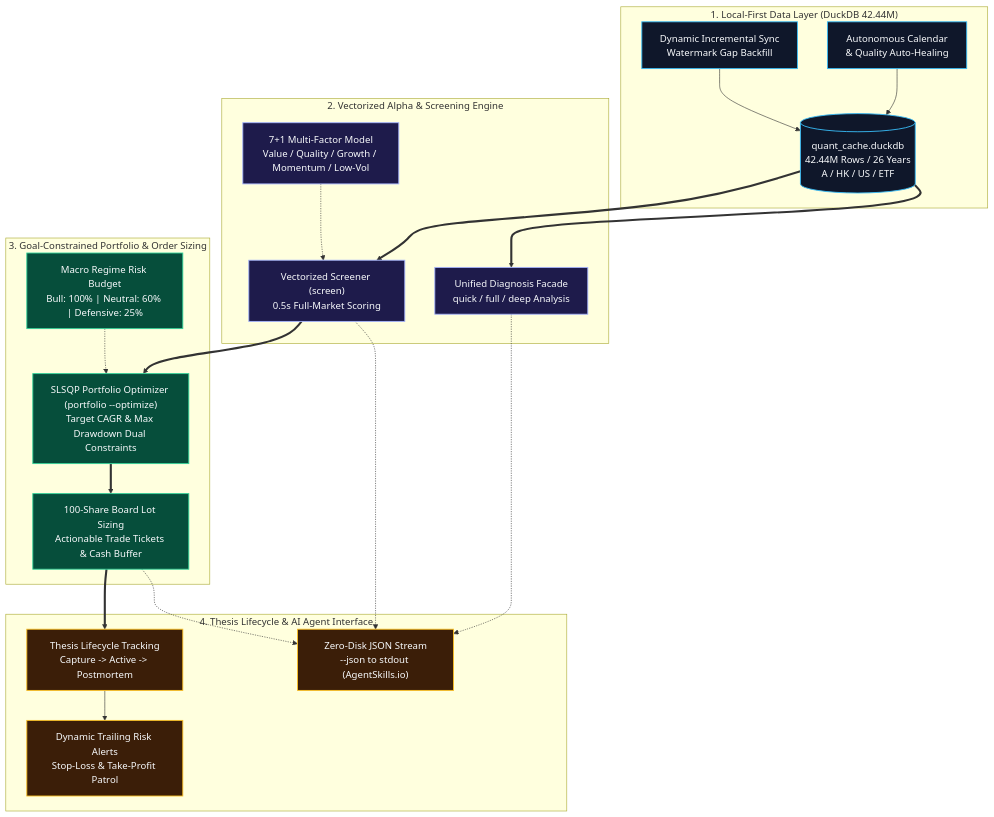
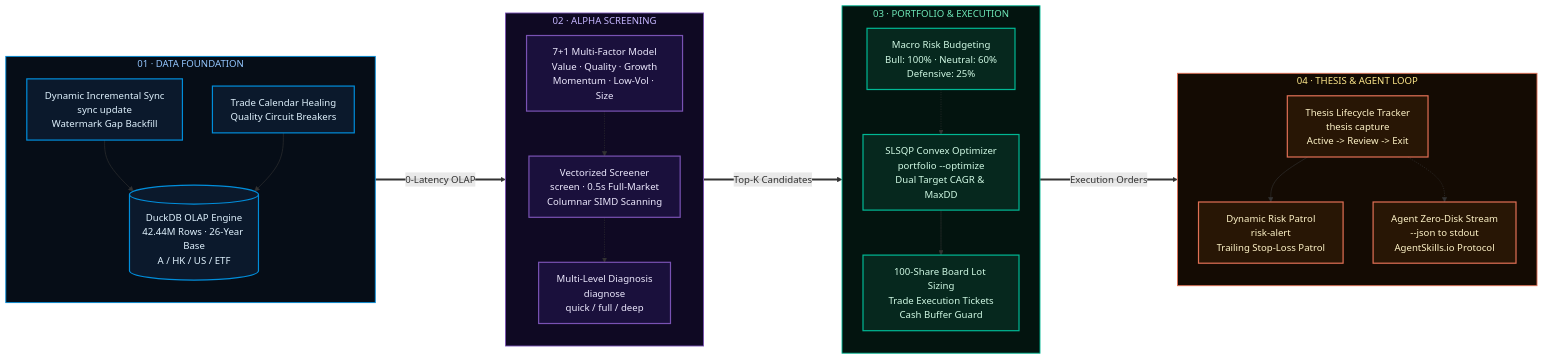
Before and after one commit to axjing/stockaskill: the diagram in README.md, drawn with Mermaid. The commit also changed 3 other files, not shown here.

Commit message:
docs(agent): upgrade quantitative architecture layout to 4-stage pipeline with terminal palette

````diff
--- a/README.md
+++ b/README.md
@@ -19,49 +19,57 @@
 ```mermaid
-flowchart TD
-    subgraph DataLayer["1. Local-First Data Layer (DuckDB 42.44M)"]
-        DuckDB[("quant_cache.duckdb<br/>42.44M Rows / 26 Years<br/>A / HK / US / ETF")]
-        SyncUpdate["Dynamic Incremental Sync<br/>Watermark Gap Backfill"]
-        CalendarHeal["Autonomous Calendar<br/>& Quality Auto-Healing"]
-        SyncUpdate --> DuckDB
-        CalendarHeal --> DuckDB
+flowchart LR
+    subgraph S1["01 · DATA FOUNDATION"]
+        direction TB
+        D1[("DuckDB OLAP Engine<br/>42.44M Rows · 26-Year Base<br/>A / HK / US / ETF")]
+        D2["Dynamic Incremental Sync<br/>sync update<br/>Watermark Gap Backfill"]
+        D3["Trade Calendar Healing<br/>Quality Circuit Breakers"]
+        D2 --> D1
+        D3 --> D1
     end
 
-    subgraph AlphaLayer["2. Vectorized Alpha & Screening Engine"]
-        Screen["Vectorized Screener (screen)<br/>0.5s Full-Market Scoring"]
-        MultiFactor["7+1 Multi-Factor Model<br/>Value / Quality / Growth / Momentum / Low-Vol"]
-        Diagnosis["Unified Diagnosis Facade<br/>quick / full / deep Analysis"]
-        DuckDB ==> Screen
-        DuckDB ==> Diagnosis
-        MultiFactor -.-> Screen
+    subgraph S2["02 · ALPHA SCREENING"]
+        direction TB
+        A1["Vectorized Screener<br/>screen · 0.5s Full-Market<br/>Columnar SIMD Scanning"]
+        A2["7+1 Multi-Factor Model<br/>Value · Quality · Growth<br/>Momentum · Low-Vol · Size"]
+        A3["Multi-Level Diagnosis<br/>diagnose<br/>quick / full / deep"]
+        A2 -.-> A1
+        A1 -.-> A3
     end
 
-    subgraph ExecLayer["3. Goal-Constrained Portfolio & Order Sizing"]
-        Optimizer["SLSQP Portfolio Optimizer (portfolio --optimize)<br/>Target CAGR & Max Drawdown Dual Constraints"]
-        RiskBudget["Macro Regime Risk Budget<br/>Bull: 100% | Neutral: 60% | Defensive: 25%"]
-        BoardLot["100-Share Board Lot Sizing<br/>Actionable Trade Tickets & Cash Buffer"]
-        Screen ==> Optimizer
-        RiskBudget -.-> Optimizer
-        Optimizer ==> BoardLot
+    subgraph S3["03 · PORTFOLIO & EXECUTION"]
+        direction TB
+        P1["SLSQP Convex Optimizer<br/>portfolio --optimize<br/>Dual Target CAGR & MaxDD"]
+        P2["Macro Risk Budgeting<br/>Bull: 100% · Neutral: 60%<br/>Defensive: 25%"]
+        P3["100-Share Board Lot Sizing<br/>Trade Execution Tickets<br/>Cash Buffer Guard"]
+        P2 -.-> P1
+        P1 --> P3
     end
 
-    subgraph LoopLayer["4. Thesis Lifecycle & AI Agent Interface"]
-        Thesis["Thesis Lifecycle Tracking<br/>Capture -> Active -> Postmortem"]
-        RiskAlert["Dynamic Trailing Risk Alerts<br/>Stop-Loss & Take-Profit Patrol"]
-        AgentStream["Zero-Disk JSON Stream<br/>--json to stdout (AgentSkills.io)"]
-        BoardLot ==> Thesis
-        Thesis --> RiskAlert
-        BoardLot -.-> AgentStream
-        Screen -.-> AgentStream
-        Diagnosis -.-> AgentStream
+    subgraph S4["04 · THESIS & AGENT LOOP"]
+        direction TB
+        T1["Thesis Lifecycle Tracker<br/>thesis capture<br/>Active -> Review -> Exit"]
+        T2["Dynamic Risk Patrol<br/>risk-alert<br/>Trailing Stop-Loss Patrol"]
+        T3["Agent Zero-Disk Stream<br/>--json to stdout<br/>AgentSkills.io Protocol"]
+        T1 --> T2
+        T1 -.-> T3
     end
 
-    classDef dataBox fill:#0f172a,stroke:#38bdf8,stroke-width:1.5px,color:#f8fafc;
-    classDef alphaBox fill:#1e1b4b,stroke:#a5b4fc,stroke-width:1.5px,color:#f8fafc;
-    classDef execBox fill:#064e3b,stroke:#34d399,stroke-width:1.5px,color:#f8fafc;
-    classDef loopBox fill:#3b1e08,stroke:#fbbf24,stroke-width:1.5px,color:#f8fafc;
+    D1 ===>|"0-Latency OLAP"| A1
+    A1 ===>|"Top-K Candidates"| P1
+    P3 ===>|"Execution Orders"| T1
 
-    class DuckDB,SyncUpdate,CalendarHeal dataBox;
-    class Screen,MultiFactor,Diagnosis alphaBox;
-    class Optimizer,RiskBudget,BoardLot execBox;
-    class Thesis,RiskAlert,AgentStream loopBox;
+    classDef dataNode fill:#0b192c,stroke:#008dda,stroke-width:2px,color:#e0f2fe;
+    classDef alphaNode fill:#1a103c,stroke:#7952b3,stroke-width:2px,color:#ede9fe;
+    classDef execNode fill:#06281e,stroke:#00b894,stroke-width:2px,color:#d1fae5;
+    classDef loopNode fill:#281605,stroke:#e17055,stroke-width:2px,color:#fef3c7;
+
+    class D1,D2,D3 dataNode;
+    class A1,A2,A3 alphaNode;
+    class P1,P2,P3 execNode;
+    class T1,T2,T3 loopNode;
+
+    style S1 fill:#060d17,stroke:#008dda,stroke-width:1.5px,color:#93c5fd;
+    style S2 fill:#0f0923,stroke:#7952b3,stroke-width:1.5px,color:#c4b5fd;
+    style S3 fill:#03140f,stroke:#00b894,stroke-width:1.5px,color:#6ee7b7;
+    style S4 fill:#140b03,stroke:#e17055,stroke-width:1.5px,color:#fde68a;
 ```
````
